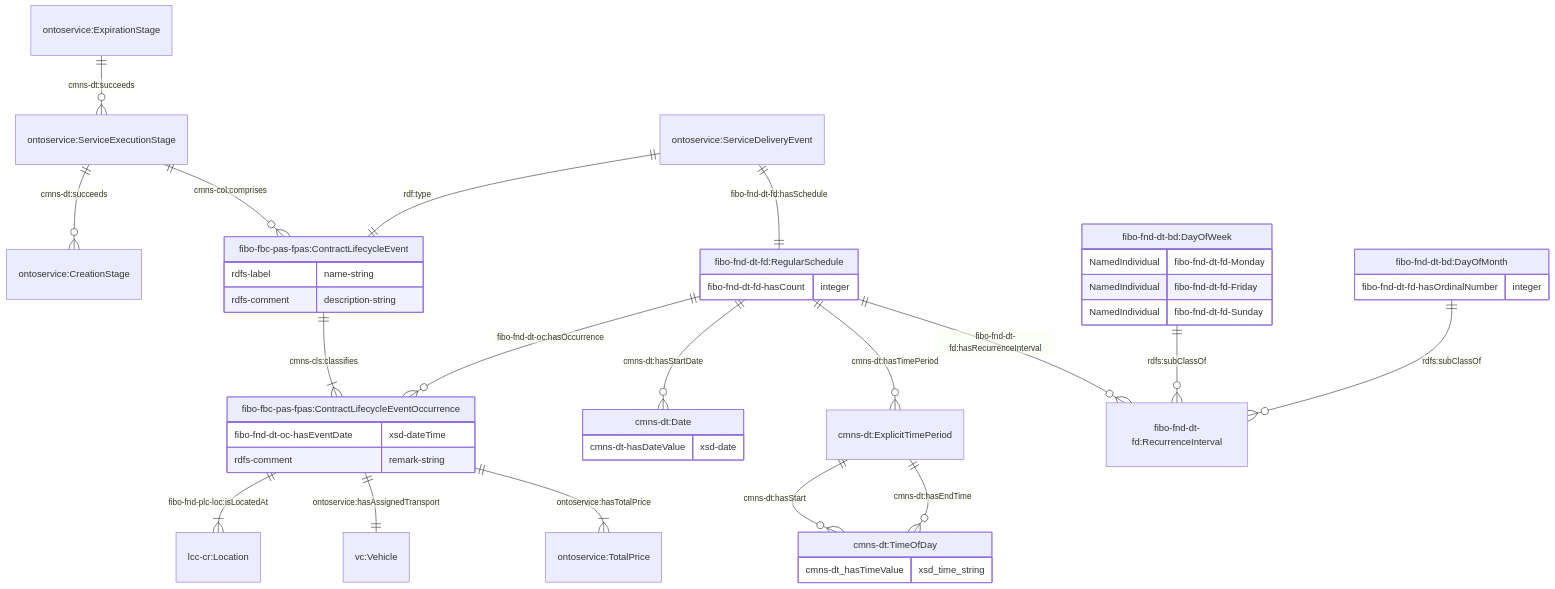
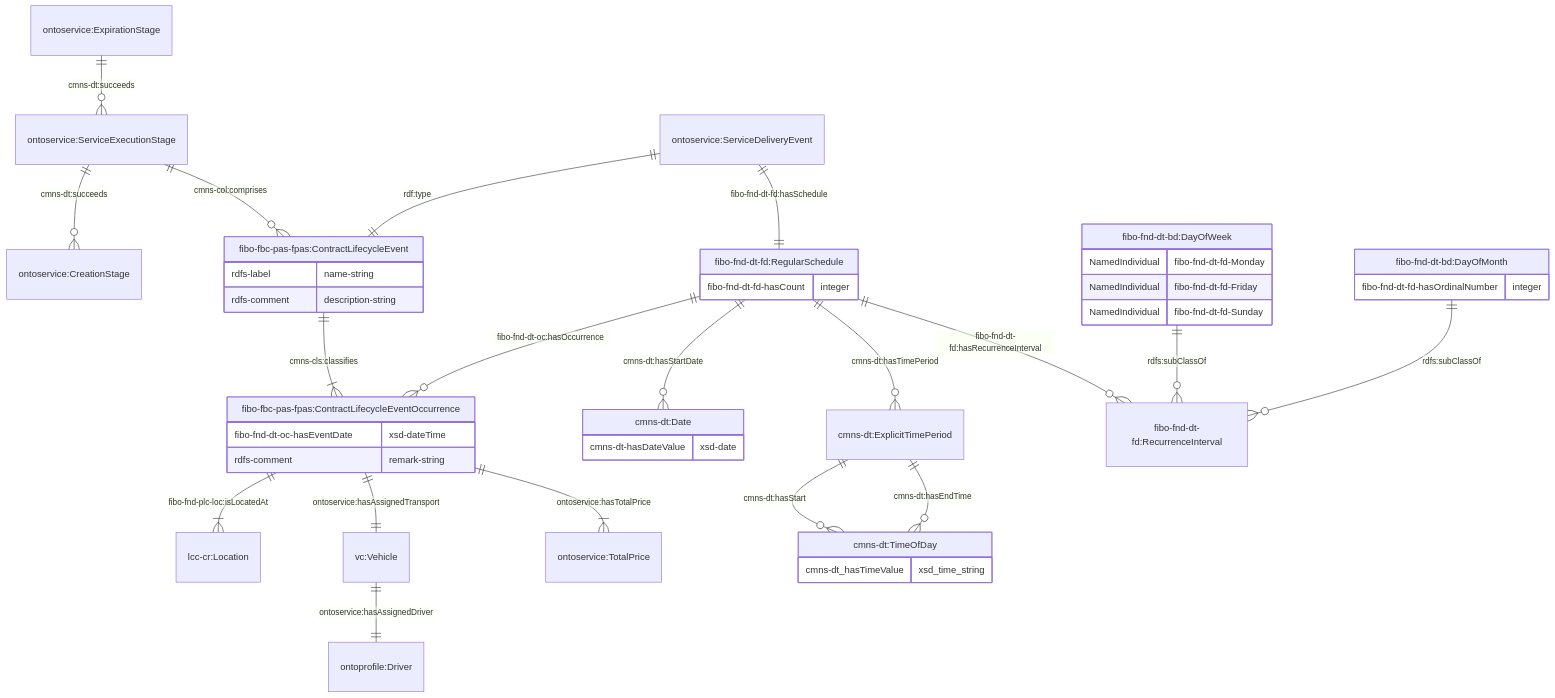
One commit to cambridge-cares/TheWorldAvatar changed the seventh of 8 diagrams in JPS_Ontology/ontology/ontoservice/README.md. Above: the diagram before and after it, drawn with Mermaid. The commit also changed 5 other files, not shown here.

Commit message:
dev-ontowastemanagement: Moved assignedDriver to ontoservice

````diff
--- a/JPS_Ontology/ontology/ontoservice/README.md
+++ b/JPS_Ontology/ontology/ontoservice/README.md
@@ -256,47 +256,48 @@
 ```mermaid
     erDiagram
     "ontoservice:ServiceExecutionStage" ||--o{ "ontoservice:CreationStage" : "cmns-dt:succeeds"
     "ontoservice:ExpirationStage" ||--o{ "ontoservice:ServiceExecutionStage" : "cmns-dt:succeeds"
     "ontoservice:ServiceExecutionStage" ||--o{ "fibo-fbc-pas-fpas:ContractLifecycleEvent" : "cmns-col:comprises"
     "fibo-fbc-pas-fpas:ContractLifecycleEvent" {
         rdfs-label name-string
         rdfs-comment description-string
     }
     "ontoservice:ServiceDeliveryEvent" ||--|| "fibo-fbc-pas-fpas:ContractLifecycleEvent" : "rdf:type"
     "ontoservice:ServiceDeliveryEvent" ||--|| "fibo-fnd-dt-fd:RegularSchedule" : "fibo-fnd-dt-fd:hasSchedule"
     "fibo-fnd-dt-fd:RegularSchedule" ||--o{ "fibo-fbc-pas-fpas:ContractLifecycleEventOccurrence" : "fibo-fnd-dt-oc:hasOccurrence"
     "fibo-fnd-dt-fd:RegularSchedule" {
         fibo-fnd-dt-fd-hasCount integer
     }
 
     "fibo-fnd-dt-fd:RegularSchedule" ||--o{ "cmns-dt:Date" : "cmns-dt:hasStartDate"
     "cmns-dt:Date" {
         cmns-dt-hasDateValue xsd-date
     }
     "fibo-fnd-dt-fd:RegularSchedule" ||--o{ "cmns-dt:ExplicitTimePeriod" : "cmns-dt:hasTimePeriod"
     "cmns-dt:ExplicitTimePeriod" ||--o{ "cmns-dt:TimeOfDay" : "cmns-dt:hasStart"
     "cmns-dt:ExplicitTimePeriod" ||--o{ "cmns-dt:TimeOfDay" : "cmns-dt:hasEndTime"
     "cmns-dt:TimeOfDay" {
         cmns-dt_hasTimeValue xsd_time_string
     }
     "fibo-fnd-dt-fd:RegularSchedule" ||--o{ "fibo-fnd-dt-fd:RecurrenceInterval" : "fibo-fnd-dt-fd:hasRecurrenceInterval"
     "fibo-fnd-dt-bd:DayOfWeek" ||--o{ "fibo-fnd-dt-fd:RecurrenceInterval" : "rdfs:subClassOf"
     "fibo-fnd-dt-bd:DayOfWeek" {
         NamedIndividual fibo-fnd-dt-fd-Monday
         NamedIndividual fibo-fnd-dt-fd-Friday
         NamedIndividual fibo-fnd-dt-fd-Sunday
     }
     "fibo-fnd-dt-bd:DayOfMonth" ||--o{ "fibo-fnd-dt-fd:RecurrenceInterval" : "rdfs:subClassOf"
     "fibo-fnd-dt-bd:DayOfMonth" {
         fibo-fnd-dt-fd-hasOrdinalNumber integer
     }
 
     "fibo-fbc-pas-fpas:ContractLifecycleEvent" ||--|{ "fibo-fbc-pas-fpas:ContractLifecycleEventOccurrence" : "cmns-cls:classifies"
     "fibo-fbc-pas-fpas:ContractLifecycleEventOccurrence" ||--|{ "lcc-cr:Location" : "fibo-fnd-plc-loc:isLocatedAt"
     "fibo-fbc-pas-fpas:ContractLifecycleEventOccurrence" ||--|| "vc:Vehicle" : "ontoservice:hasAssignedTransport"
+    "vc:Vehicle" ||--|| "ontoprofile:Driver" : "ontoservice:hasAssignedDriver"
     "fibo-fbc-pas-fpas:ContractLifecycleEventOccurrence" ||--|{ "ontoservice:TotalPrice" : "ontoservice:hasTotalPrice"
     "fibo-fbc-pas-fpas:ContractLifecycleEventOccurrence" {
         fibo-fnd-dt-oc-hasEventDate xsd-dateTime
         rdfs-comment remark-string
     }
 ```
````
